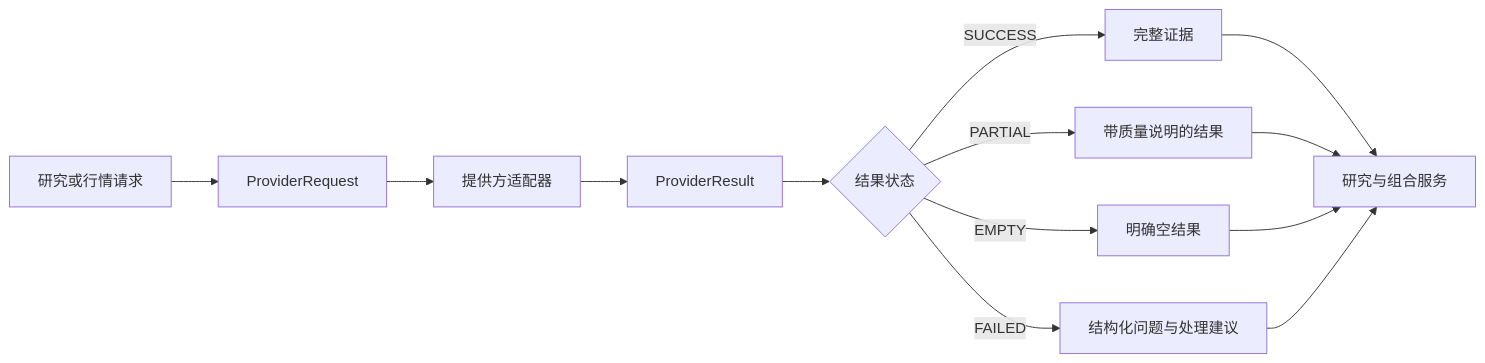
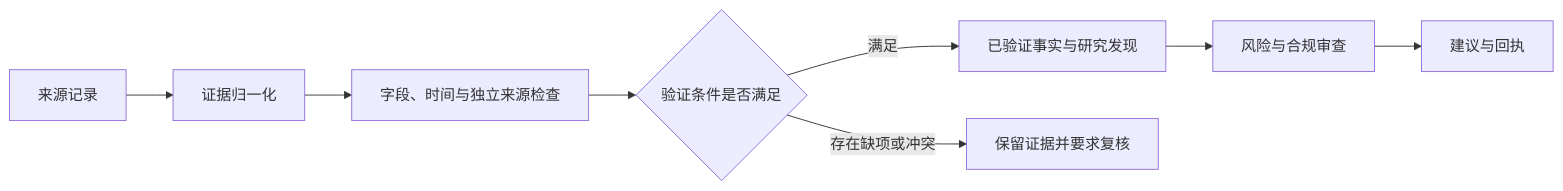
One commit to 1917173927/prism changed the fifth of 7 diagrams in docs/submission/competition-technical-solution.md. Above: the diagram before and after it, drawn with Mermaid. The commit also changed other lines of this file and 4 other files, not shown here.

````diff
--- a/docs/submission/competition-technical-solution.md
+++ b/docs/submission/competition-technical-solution.md
@@ -558,15 +320,10 @@
 ```mermaid
 flowchart LR
-    A[研究或行情请求] --> B[ProviderRequest]
-    B --> C[提供方适配器]
-    C --> D[ProviderResult]
-    D --> E{结果状态}
-    E -->|SUCCESS| F[完整证据]
-    E -->|PARTIAL| G[带质量说明的结果]
-    E -->|EMPTY| H[明确空结果]
-    E -->|FAILED| I[结构化问题与处理建议]
-    F --> J[研究与组合服务]
-    G --> J
-    H --> J
-    I --> J
+    A[来源记录] --> B[证据归一化]
+    B --> C[字段、时间与独立来源检查]
+    C --> D{验证条件是否满足}
+    D -->|满足| E[已验证事实与研究发现]
+    D -->|存在缺项或冲突| F[保留证据并要求复核]
+    E --> G[风险与合规审查]
+    G --> H[建议与回执]
 ```
````
